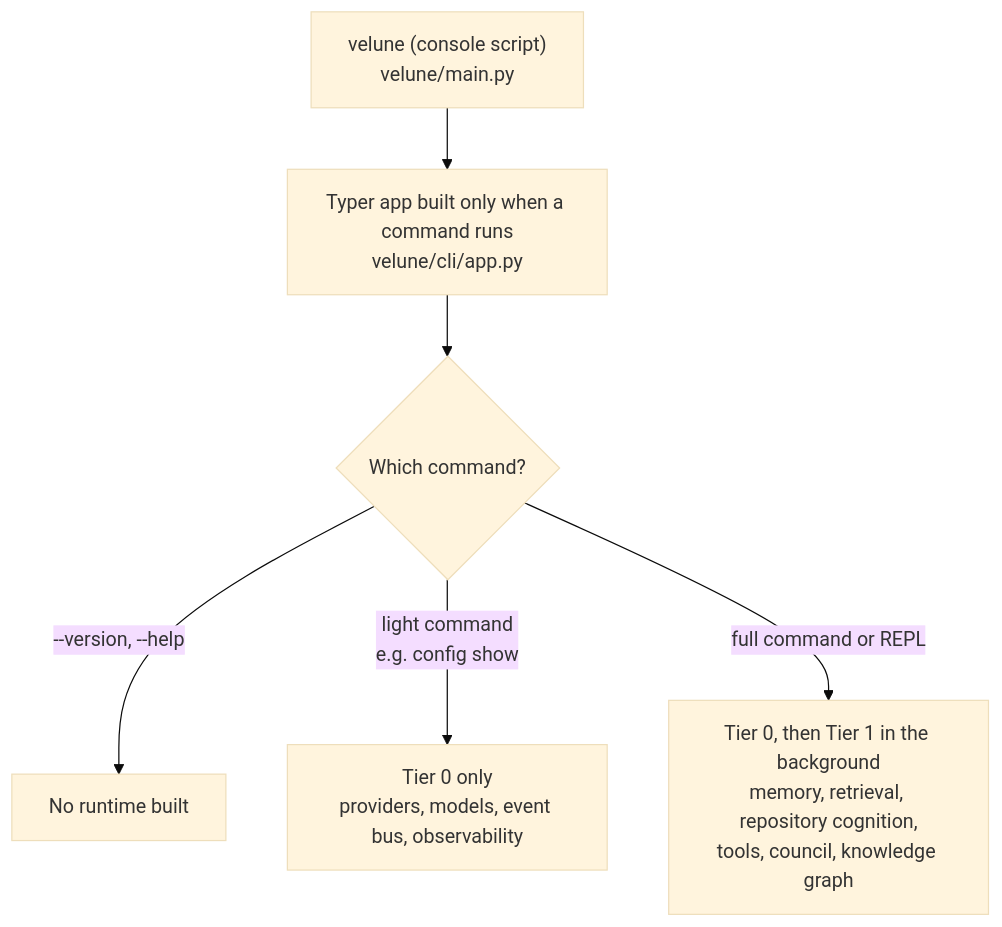
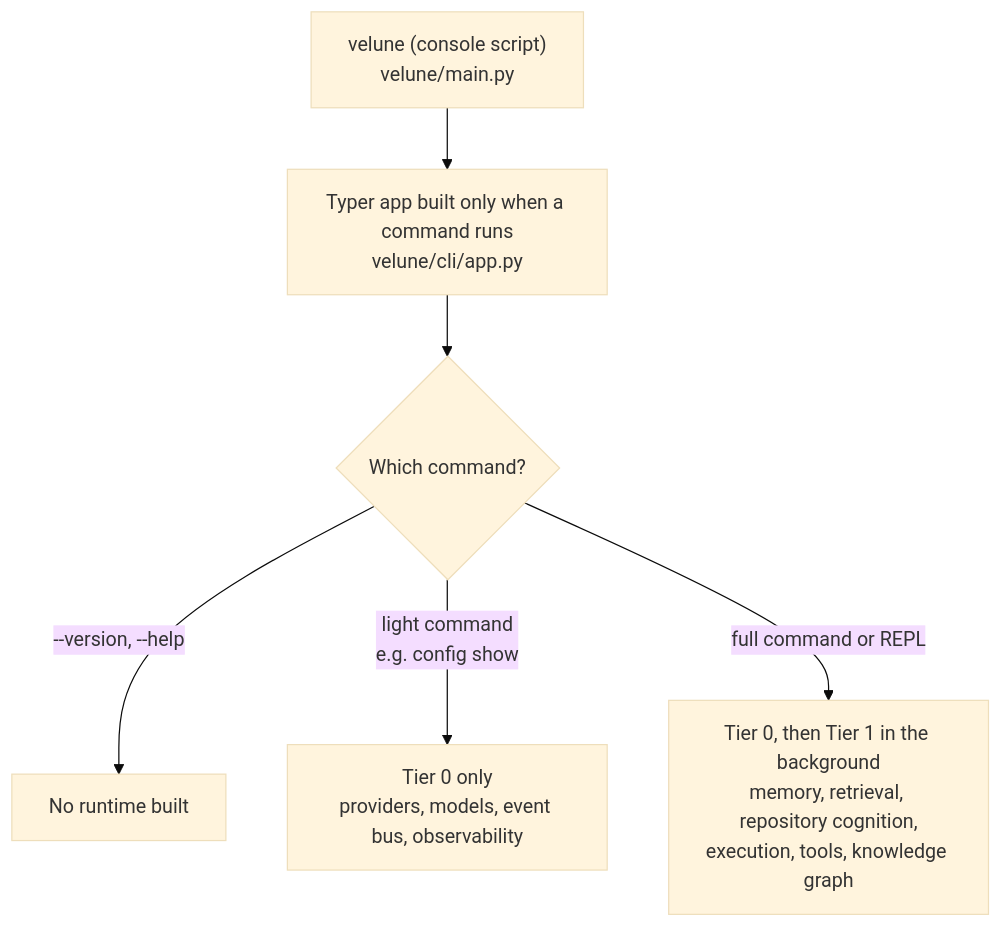
Before and after one commit to Surya-Hariharan/Velune-CLI: the diagram in docs/development.md, drawn with Mermaid (base theme). The commit also changed other lines of this file and 25 other files, not shown here.

````diff
--- a/docs/development.md
+++ b/docs/development.md
@@ -58,8 +59,8 @@
 ```mermaid
 flowchart TD
     A["velune (console script)<br/>velune/main.py"] --> B["Typer app built only when a command runs<br/>velune/cli/app.py"]
     B --> C{"Which command?"}
     C -->|"--version, --help"| D["No runtime built"]
     C -->|"light command<br/>e.g. config show"| E["Tier 0 only<br/>providers, models, event bus, observability"]
-    C -->|"full command or REPL"| F["Tier 0, then Tier 1 in the background<br/>memory, retrieval, repository cognition,<br/>tools, council, knowledge graph"]
+    C -->|"full command or REPL"| F["Tier 0, then Tier 1 in the background<br/>memory, retrieval, repository cognition,<br/>execution, tools, knowledge graph"]
 ```
````
